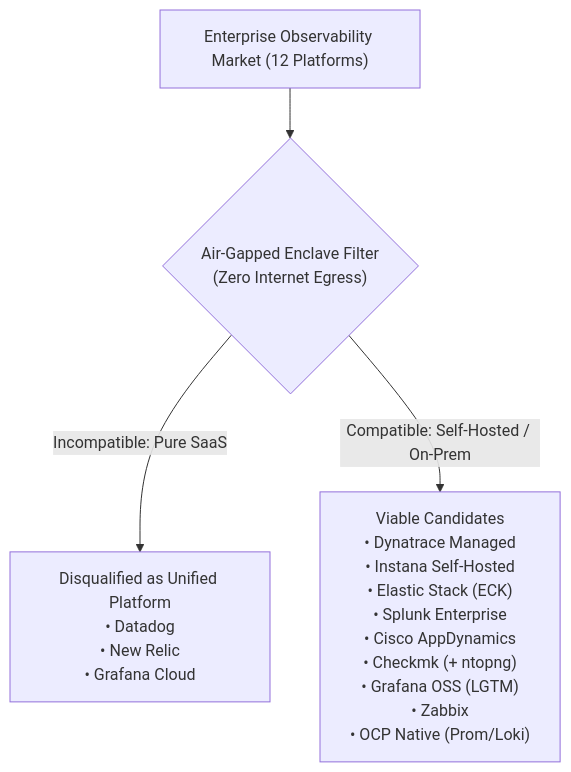
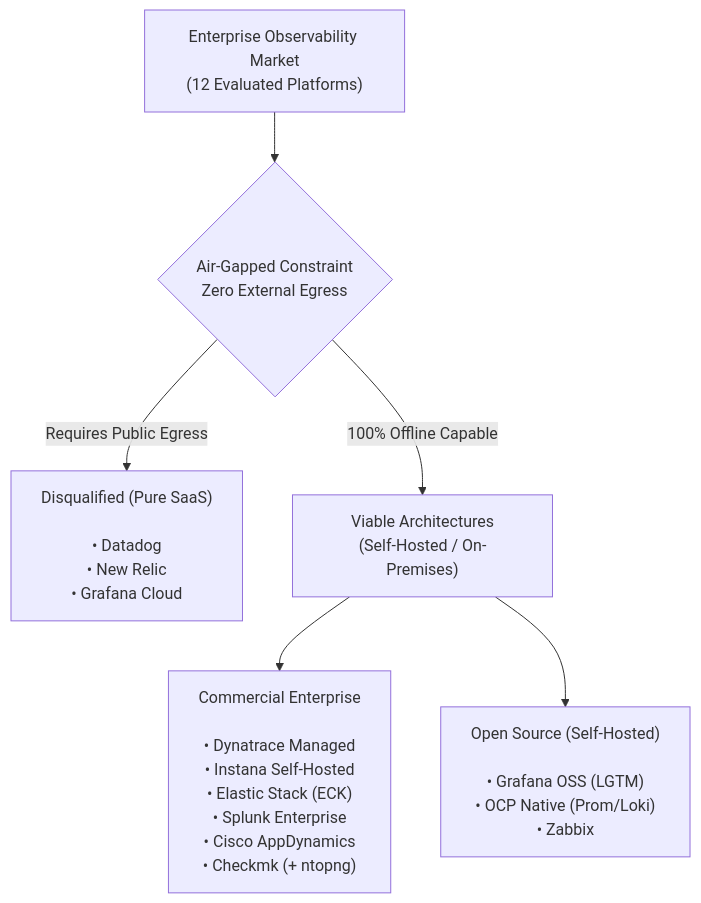
The first of 7 diagrams in README.md (nubenetes/observability-platforms-comparison), drawn with Mermaid before and after one commit.

Commit message:
fix(docs): refactor air-gapped isolation mermaid diagram for optimal text fitting and layout

````diff
--- a/README.md
+++ b/README.md
@@ -52,9 +52,15 @@
 ```mermaid
-graph TD
-    Market["Enterprise Observability Market (12 Platforms)"]
-    Market --> AirGapFilter{"Air-Gapped Enclave Filter<br/>(Zero Internet Egress)"}
-    
-    AirGapFilter -->|Incompatible: Pure SaaS| GroupB["Disqualified as Unified Platform<br/>• Datadog<br/>• New Relic<br/>• Grafana Cloud"]
-    
-    AirGapFilter -->|Compatible: Self-Hosted / On-Prem| GroupA["Viable Candidates<br/>• Dynatrace Managed<br/>• Instana Self-Hosted<br/>• Elastic Stack (ECK)<br/>• Splunk Enterprise<br/>• Cisco AppDynamics<br/>• Checkmk (+ ntopng)<br/>• Grafana OSS (LGTM)<br/>• Zabbix<br/>• OCP Native (Prom/Loki)"]
+flowchart TD
+    Market["Enterprise Observability Market<br/>(12 Evaluated Platforms)"]
+    Filter{"Air-Gapped Constraint<br/>Zero External Egress"}
+
+    Market --> Filter
+
+    Filter -->|Requires Public Egress| Disqualified["Disqualified (Pure SaaS)<br/><br/>• Datadog<br/>• New Relic<br/>• Grafana Cloud"]
+
+    Filter -->|100% Offline Capable| Viable["Viable Architectures<br/>(Self-Hosted / On-Premises)"]
+
+    Viable --> Comm["Commercial Enterprise<br/><br/>• Dynatrace Managed<br/>• Instana Self-Hosted<br/>• Elastic Stack (ECK)<br/>• Splunk Enterprise<br/>• Cisco AppDynamics<br/>• Checkmk (+ ntopng)"]
+
+    Viable --> OSS["Open Source (Self-Hosted)<br/><br/>• Grafana OSS (LGTM)<br/>• OCP Native (Prom/Loki)<br/>• Zabbix"]
 ```
````
